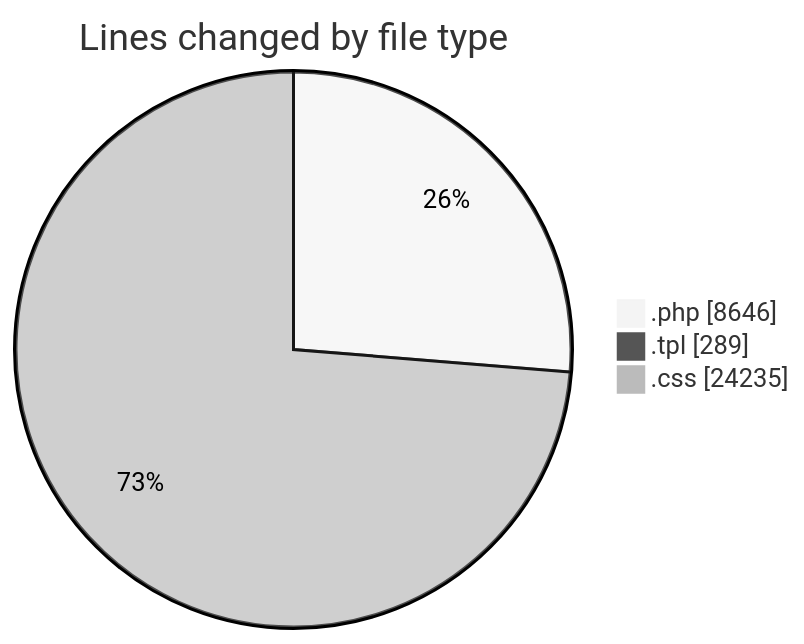
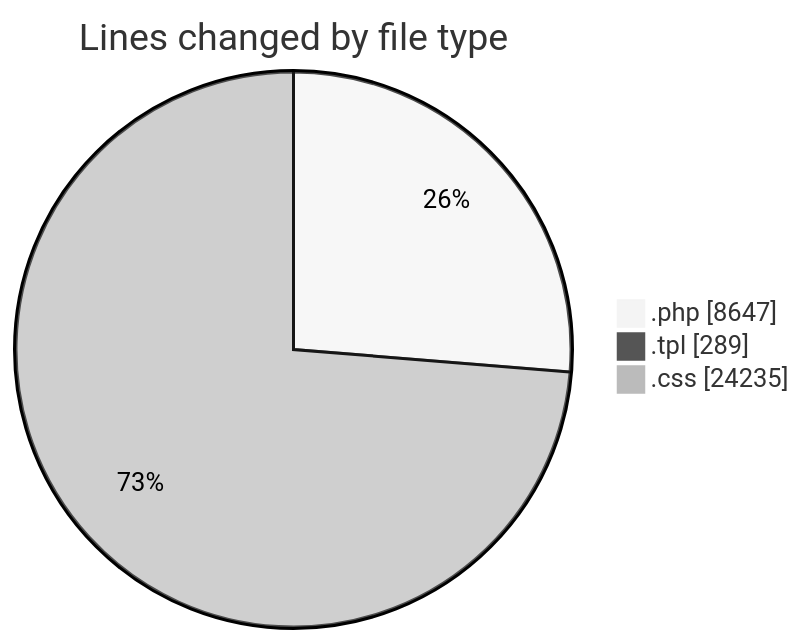
The first of 2 diagrams in 2025-04-18/zeytoon/README.md (vahidmafi/code-tracking), drawn with Mermaid (neutral theme) before and after one commit. The commit also changed other lines of this file and 1 other file, not shown here.

````diff
--- a/2025-04-18/zeytoon/README.md
+++ b/2025-04-18/zeytoon/README.md
@@ -32,7 +32,7 @@
 ```mermaid
 pie showData
 title Lines changed by file type
-".php" : 8646
+".php" : 8647
 ".tpl" : 289
 ".css" : 24235
 ```
````
